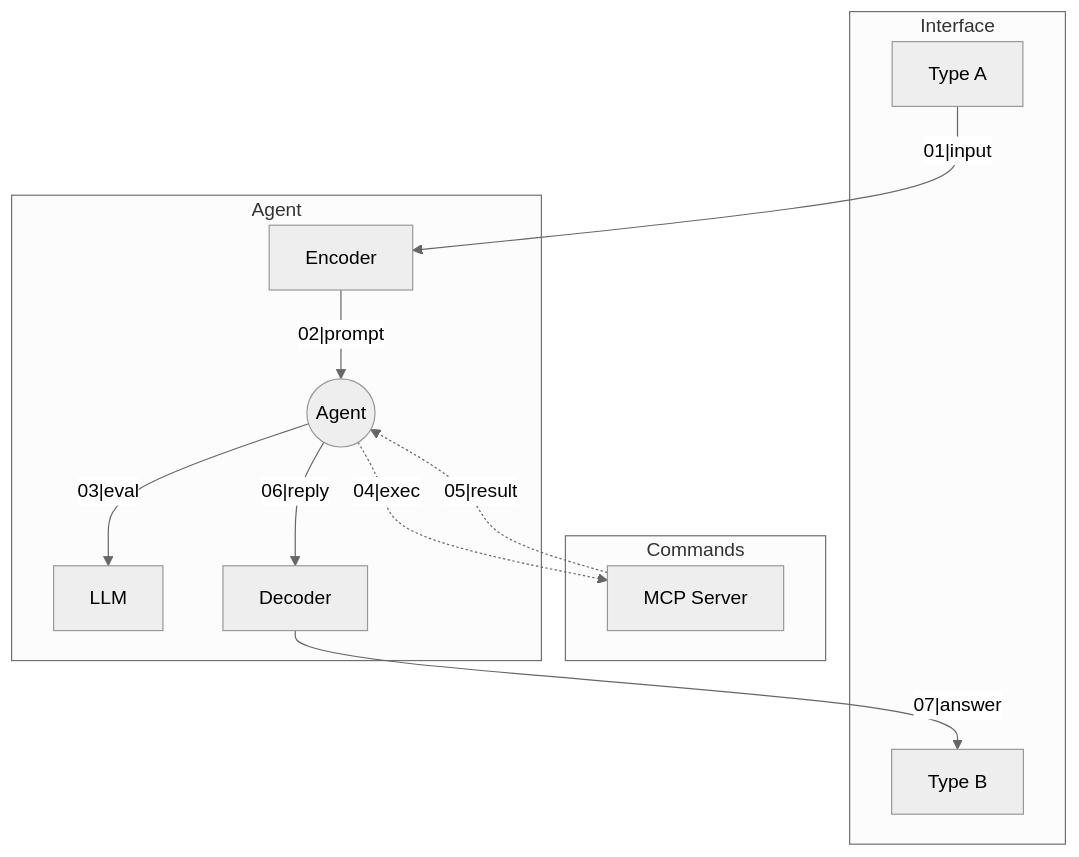
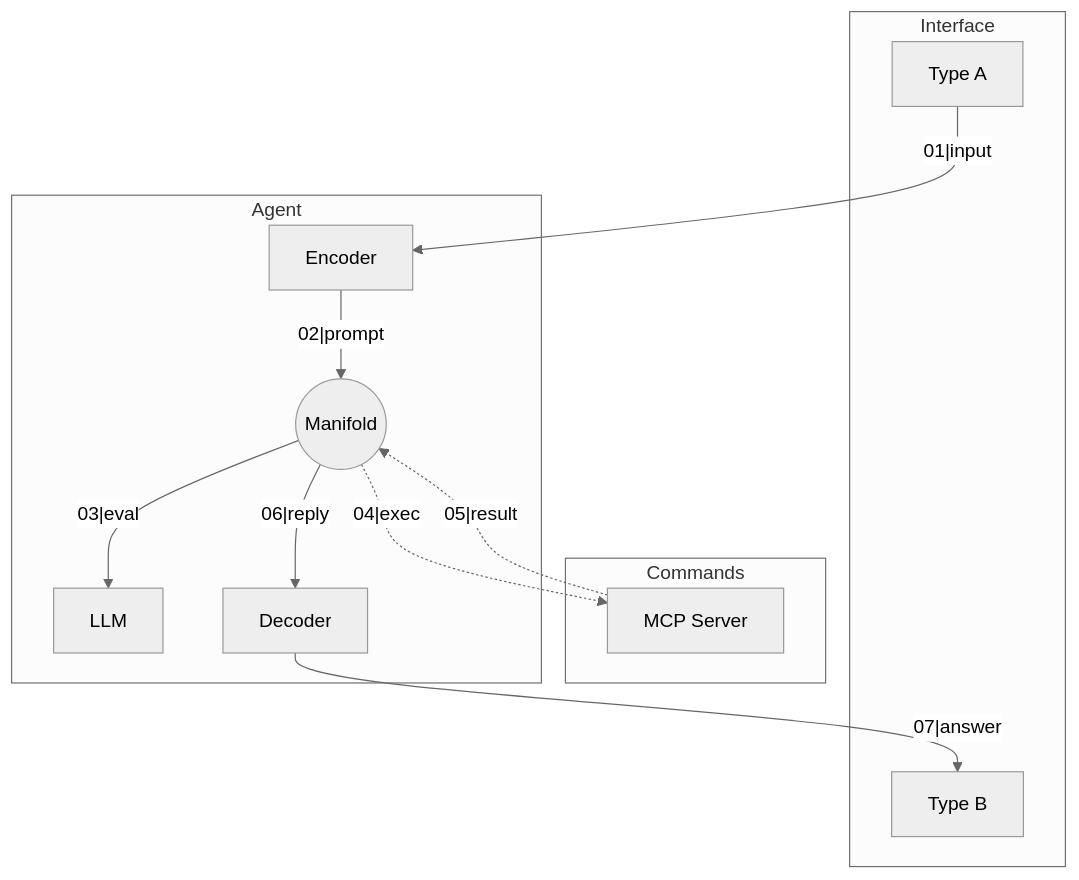
Before and after one commit to kshard/thinker: the first of 2 diagrams in README.md, drawn with Mermaid. The commit also changed other lines of this file and 1 other file, not shown here.

````diff
--- a/README.md
+++ b/README.md
@@ -174,20 +286,20 @@
 ```mermaid
 %%{init: {'theme':'neutral'}}%%
 graph TD
     subgraph Interface
     A[Type A]
     B[Type B]
     end
     subgraph Commands
     C[MCP Server]
     end
     subgraph Agent
     A --"01|input"--> E[Encoder]
-    E --"02|prompt"--> G((Agent))
+    E --"02|prompt"--> G((Manifold))
     G --"03|eval"--> L[LLM]
     G -."04|exec".-> C
     C -."05|result".-> G
     G --"06|reply"--> D[Decoder]
-    D --"07|answer" --> B
+    D --"07|answer"--> B
     end
 ```
````
